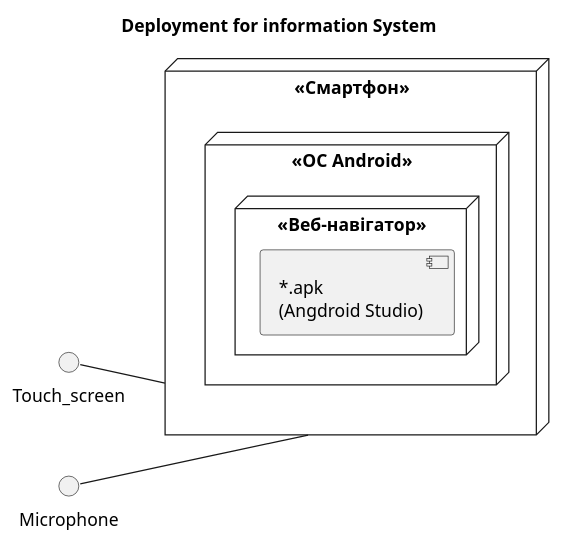
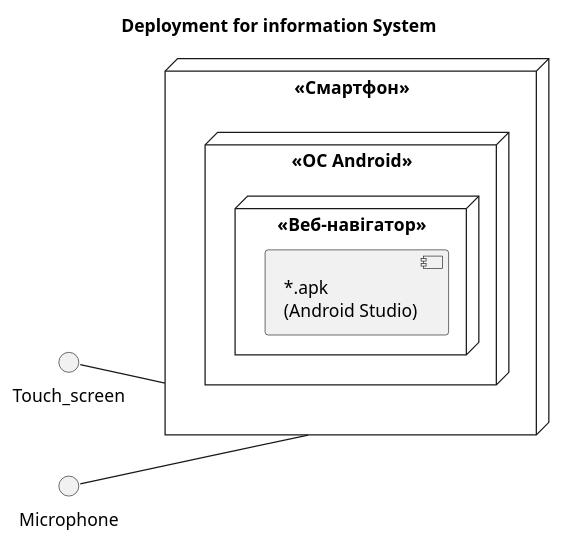
One commit to oleksandrblazhko/ai202-kovach changed the diagram in 2-SoftwareDesign/2.7-PlantUML/UML-Deployment.puml. Above: the diagram before and after it, drawn with PlantUML.

```diff
--- a/2-SoftwareDesign/2.7-PlantUML/UML-Deployment.puml
+++ b/2-SoftwareDesign/2.7-PlantUML/UML-Deployment.puml
@@ -1,19 +1,19 @@
 @startuml uml2
 
 title Deployment for information System
 left to right direction
 
 node "<< Смартфон >>" as sm {
 	node "<< ОС Android >>" {
 	       node "<< Веб-навігатор >>" {
-                       component [~*.apk\n(Angdroid Studio)]
+                       component [~*.apk\n(Android Studio)]
                }
 	}
 }
 
 interface Touch_screen
 interface Microphone
 Touch_screen  -- sm
 Microphone -- sm
 
 @enduml
```
